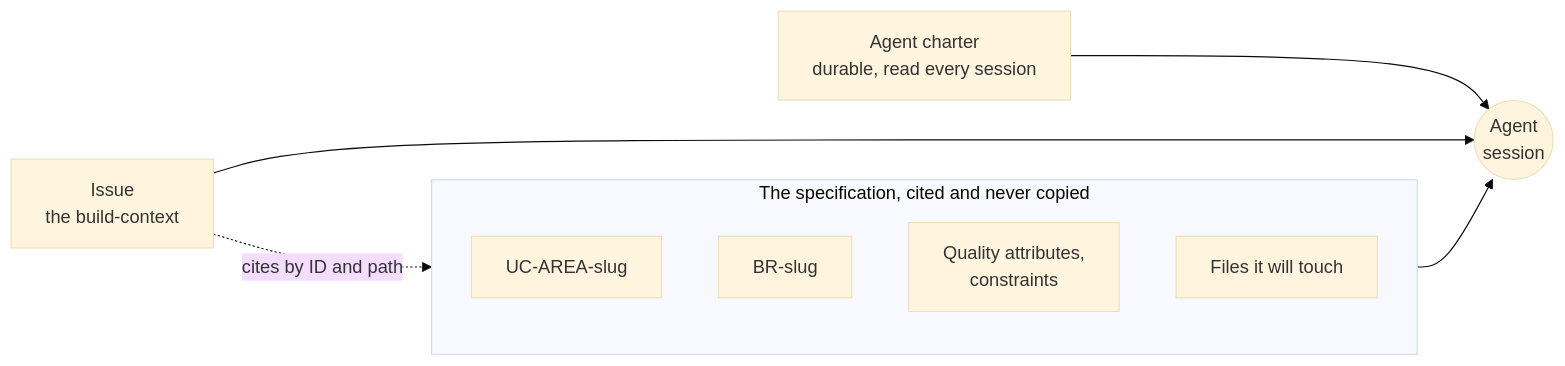
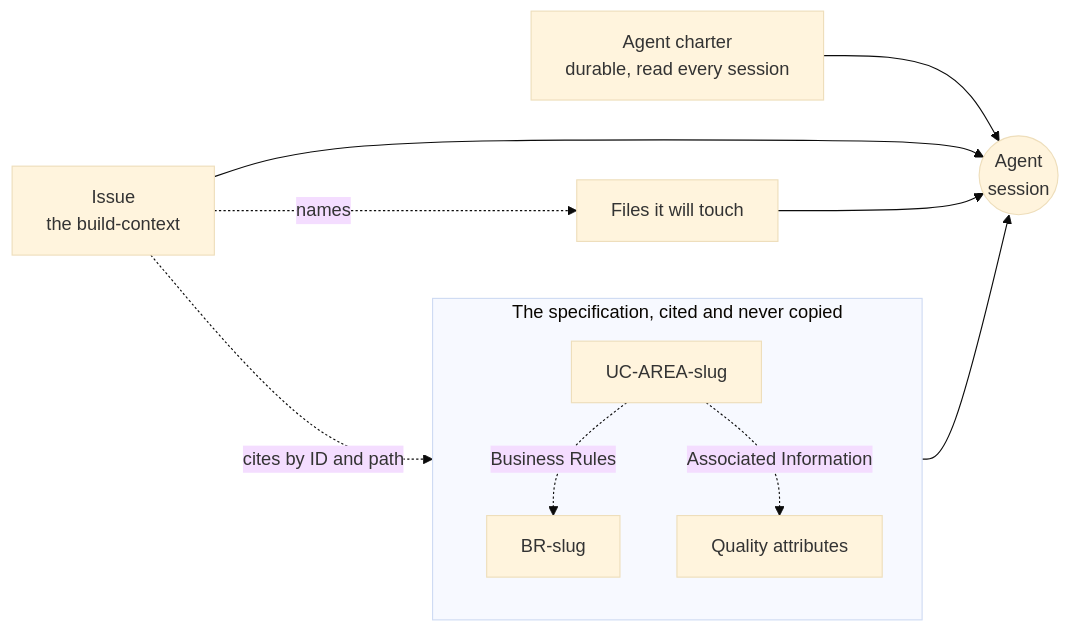
Before and after one commit to Washingtonwei/cosc-40943: the diagram in docs/slides/context-engineering.md, drawn with Mermaid (base theme). The commit also changed other lines of this file and 2 other files, not shown here.

Commit message:
Have the build-context cite the use case, not its rules
The use case template already cites its BR-* identifiers in its Business
Rules field and its quality attributes in Associated Information, so an
issue that lists them again holds a second list that drifts. The Sep 25
skeleton, the questions-test prompt, module section 4.5 and its diagram,
section 7, and the deck now have the issue cite the use case and stop.
Project-wide constraints go to the charter.

````diff
--- a/docs/slides/context-engineering.md
+++ b/docs/slides/context-engineering.md
@@ -423,14 +423,17 @@
 ```mermaid
 flowchart LR
     CH["Agent charter<br/>durable, read every session"] --> S(("Agent<br/>session"))
     ISS["Issue<br/>the build-context"] --> S
-    ISS -. cites by ID and path .-> SPEC
+    ISS -. cites by ID and path .-> UC
+    ISS -. names .-> CODE["Files it will touch"]
     subgraph SPEC["The specification, cited and never copied"]
         direction TB
         UC["UC-AREA-slug"]
         BR["BR-slug"]
-        SRS["Quality attributes,<br/>constraints"]
-        CODE["Files it will touch"]
+        SRS["Quality attributes"]
     end
+    UC -. Business Rules .-> BR
+    UC -. Associated Information .-> SRS
     SPEC --> S
+    CODE --> S
 ```
````
